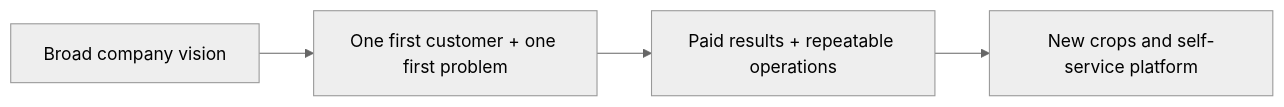
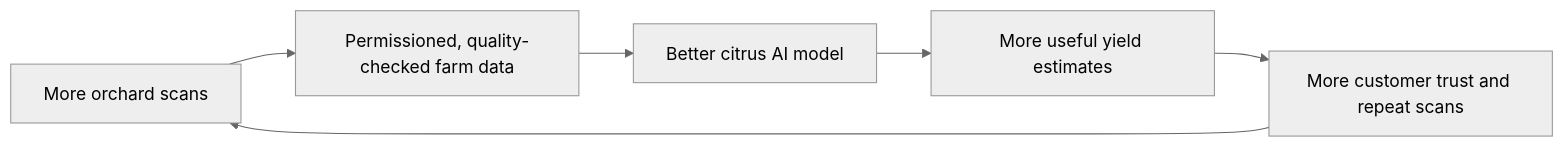
Before and after one commit to Danncode10/autonomous-citrus-drone: the second of 2 diagrams in Business model.md, drawn with Mermaid (neutral theme). The commit also changed other lines of this file, not shown here.

Commit message:
docs: refine business model to focus on Citrus Yield Intelligence and clarify service offerings

````diff
--- a/Business model.md
+++ b/Business model.md
@@ -124,4 +93,8 @@
 ```mermaid
 flowchart LR
-    Broad["Broad company vision"] --> Focus["One first customer + one first problem"] --> Proof["Paid results + repeatable operations"] --> Scale["New crops and self-service platform"]
+    Scan["More orchard scans"] --> Data["Permissioned, quality-checked farm data"]
+    Data --> Model["Better citrus AI model"]
+    Model --> Report["More useful yield estimates"]
+    Report --> Customers["More customer trust and repeat scans"]
+    Customers --> Scan
 ```
````
